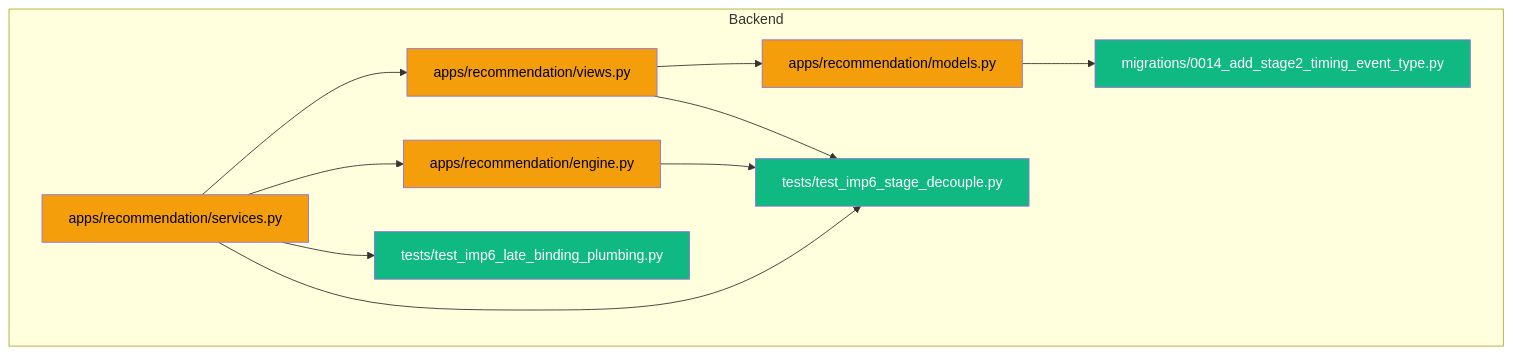
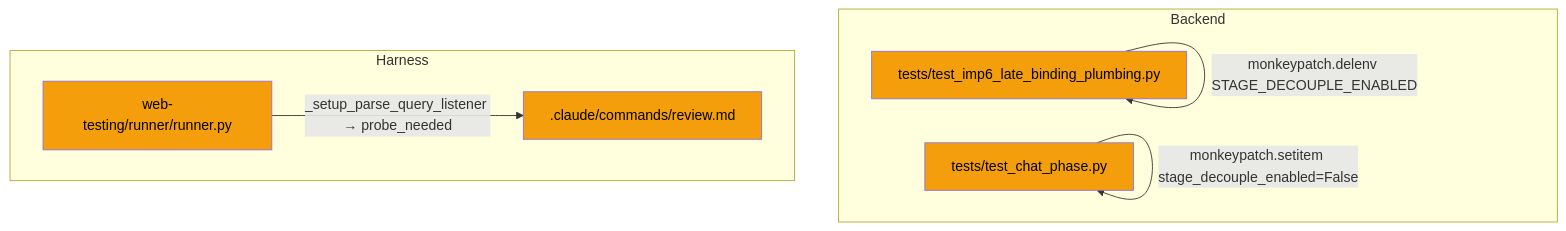
Before and after one commit to hongikarchi/archi-tinder: the ninth of 10 diagrams in .claude/Report.md, drawn with Mermaid. The commit also changed other lines of this file and 2 other files, not shown here.

First line of the commit message:
chore: reporter bookkeeping for 10-commit Phase 13 + Phase 15 + collab batch

````diff
--- a/.claude/Report.md
+++ b/.claude/Report.md
@@ -438,24 +489,18 @@
 ```mermaid
 graph TD
     subgraph Backend
-        services_py["apps/recommendation/services.py"]:::modified
-        views_py["apps/recommendation/views.py"]:::modified
-        engine_py["apps/recommendation/engine.py"]:::modified
-        models_py["apps/recommendation/models.py"]:::modified
-        migration_0014["migrations/0014_add_stage2_timing_event_type.py"]:::new
-        test_plumbing["tests/test_imp6_late_binding_plumbing.py"]:::new
-        test_decouple["tests/test_imp6_stage_decouple.py"]:::new
+        test_imp6["tests/test_imp6_late_binding_plumbing.py"]:::modified
+        test_chat["tests/test_chat_phase.py"]:::modified
     end
-    services_py --> views_py
-    services_py --> engine_py
-    views_py --> models_py
-    models_py --> migration_0014
-    services_py --> test_plumbing
-    services_py --> test_decouple
-    views_py --> test_decouple
-    engine_py --> test_decouple
+    subgraph Harness
+        runner["web-testing/runner/runner.py"]:::modified
+        review_cmd[".claude/commands/review.md"]:::modified
+    end
+    test_imp6 -->|"monkeypatch.delenv STAGE_DECOUPLE_ENABLED"| test_imp6
+    test_chat -->|"monkeypatch.setitem stage_decouple_enabled=False"| test_chat
+    runner -->|"_setup_parse_query_listener → probe_needed"| review_cmd
 
     classDef new fill:#10b981,color:#fff
     classDef modified fill:#f59e0b,color:#000
     classDef deleted fill:#ef4444,color:#fff
 ```
````
